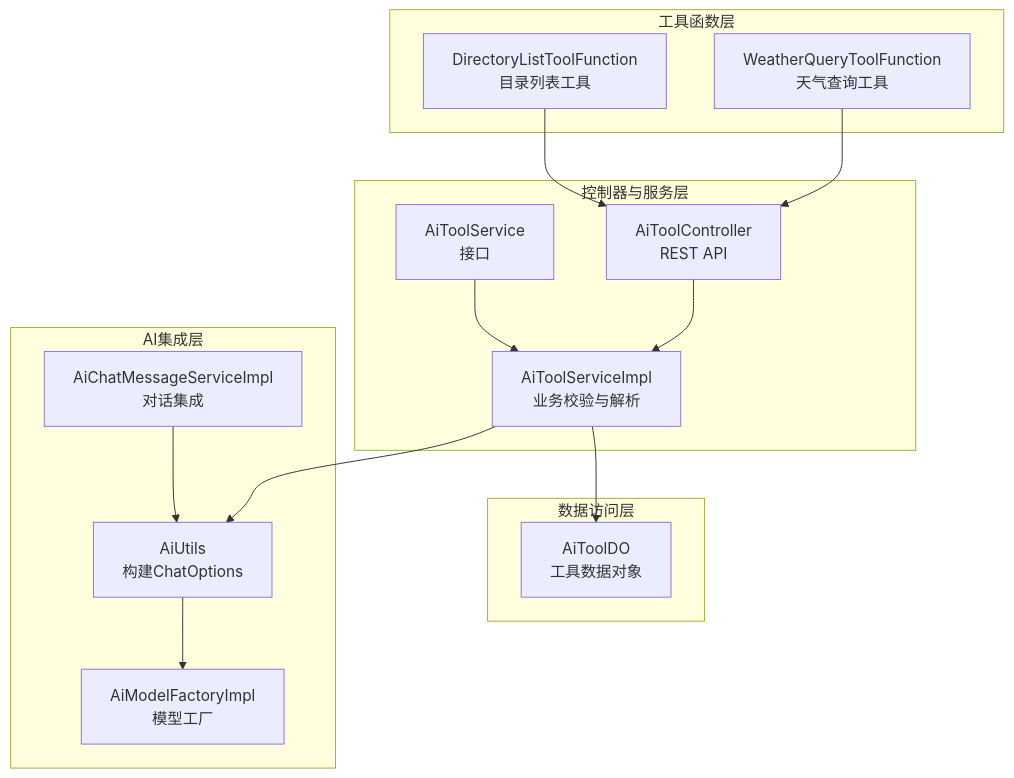
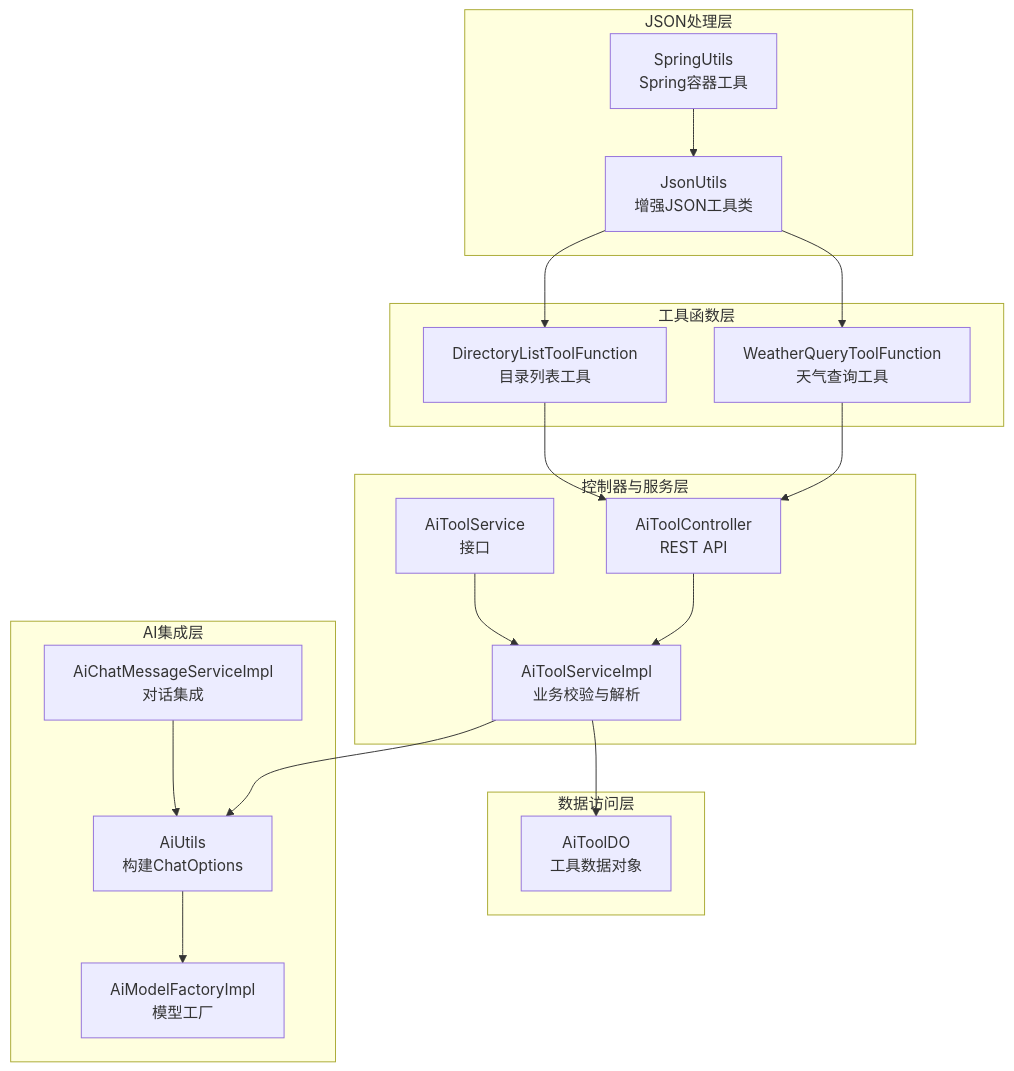
One commit to X555LB/data-ai changed the first of 8 diagrams in .qoder/repowiki/zh/content/工具函数系统.md. Above: the diagram before and after it, drawn with Mermaid. The commit also changed other lines of this file and 11 other files, not shown here.

````diff
--- a/.qoder/repowiki/zh/content/工具函数系统.md
+++ b/.qoder/repowiki/zh/content/工具函数系统.md
@@ -41,28 +54,35 @@
 ```mermaid
 graph TB
 subgraph "工具函数层"
 WQ["WeatherQueryToolFunction<br/>天气查询工具"]
 DL["DirectoryListToolFunction<br/>目录列表工具"]
+end
+subgraph "JSON处理层"
+JU["JsonUtils<br/>增强JSON工具类"]
+SU["SpringUtils<br/>Spring容器工具"]
 end
 subgraph "控制器与服务层"
 CTRL["AiToolController<br/>REST API"]
 SVC["AiToolServiceImpl<br/>业务校验与解析"]
 SVC_API["AiToolService<br/>接口"]
 end
 subgraph "数据访问层"
 DO["AiToolDO<br/>工具数据对象"]
 end
 subgraph "AI集成层"
 UTILS["AiUtils<br/>构建ChatOptions"]
 FACTORY["AiModelFactoryImpl<br/>模型工厂"]
 CHAT["AiChatMessageServiceImpl<br/>对话集成"]
 end
 WQ --> CTRL
 DL --> CTRL
+JU --> WQ
+JU --> DL
+SU --> JU
 CTRL --> SVC
 SVC --> DO
 SVC_API --> SVC
 SVC --> UTILS
 UTILS --> FACTORY
 CHAT --> UTILS
 ```
````
